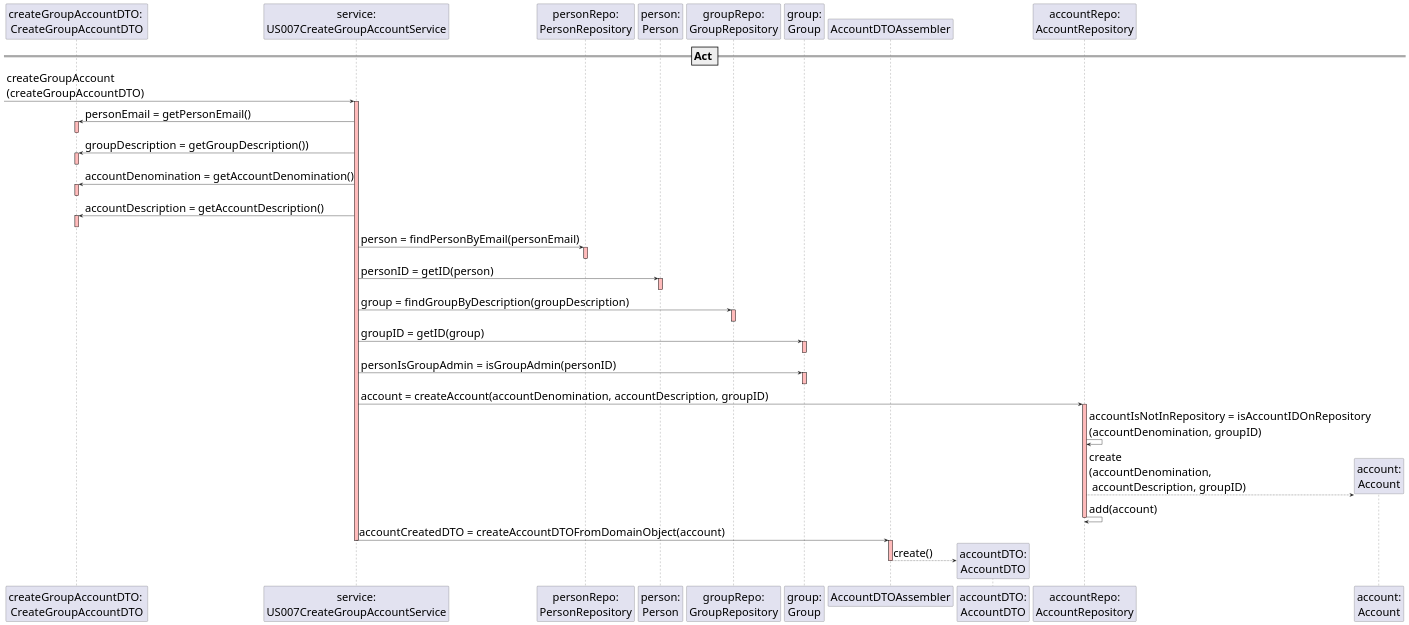
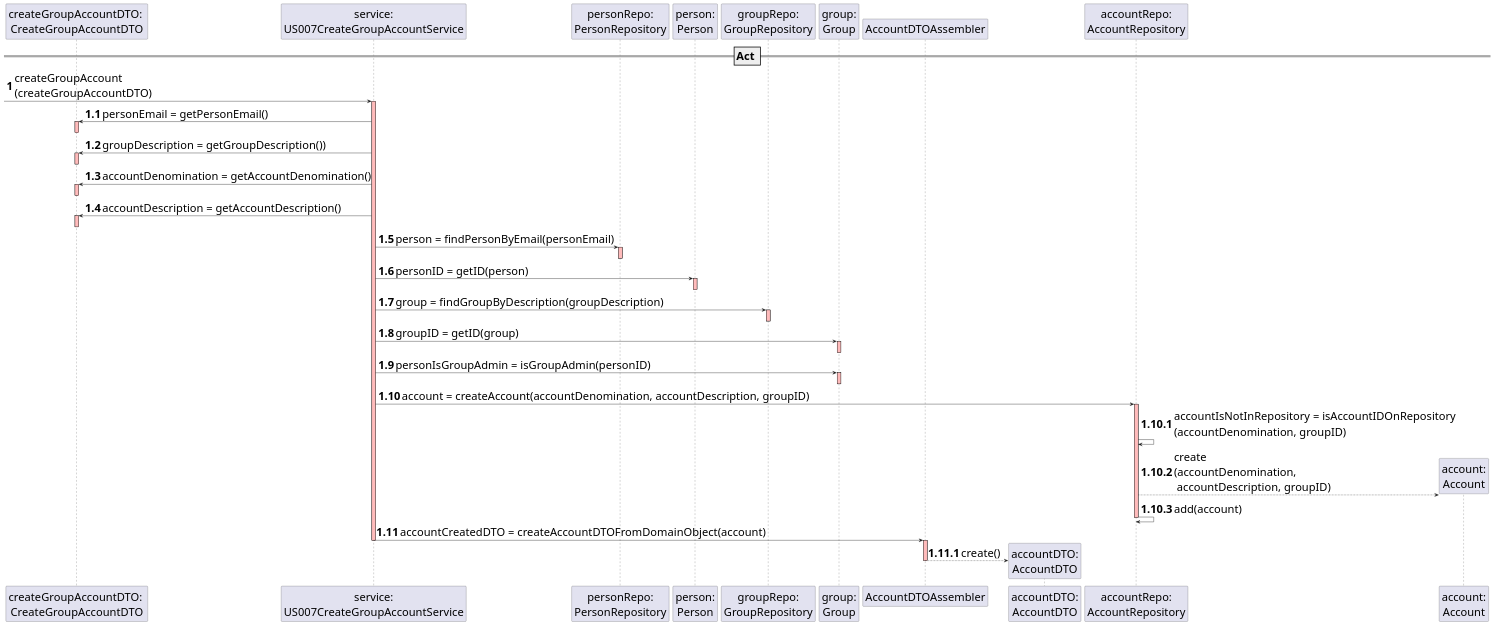
One commit to mleitaoribeiro/DevOpsMaven changed the diagram in src/main/java/switch2019/project/controllerLayer/controllersRest/US007CreateGroupAccountControllerRest_Part2.puml. Above: the diagram before and after it, drawn with PlantUML. The commit also changed 2 other files, not shown here.

```diff
--- a/src/main/java/switch2019/project/controllerLayer/controllersRest/US007CreateGroupAccountControllerRest_Part2.puml
+++ b/src/main/java/switch2019/project/controllerLayer/controllersRest/US007CreateGroupAccountControllerRest_Part2.puml
@@ -1,80 +1,81 @@
 @startuml
 skinparam DefaultFontSize 30
 
 participant "createGroupAccountDTO: \nCreateGroupAccountDTO"
 participant "service:\nUS007CreateGroupAccountService"
 participant "personRepo:\nPersonRepository"
 participant "person:\nPerson"
 participant "groupRepo:\nGroupRepository"
 participant "group:\nGroup"
 participant "AccountDTOAssembler"
 participant "accountDTO:\nAccountDTO"
 participant "accountRepo:\nAccountRepository"
 participant "account:\nAccount"
 
 == Act ==
+autonumber
 [-> "service:\nUS007CreateGroupAccountService" : createGroupAccount\n(createGroupAccountDTO)
 activate "service:\nUS007CreateGroupAccountService" #FFBBBB
-
+autonumber 1.1
 "service:\nUS007CreateGroupAccountService" -> "createGroupAccountDTO: \nCreateGroupAccountDTO" : personEmail = getPersonEmail()
 activate "createGroupAccountDTO: \nCreateGroupAccountDTO"  #FFBBBB
 deactivate "createGroupAccountDTO: \nCreateGroupAccountDTO"  #FFBBBB
 
 "service:\nUS007CreateGroupAccountService" -> "createGroupAccountDTO: \nCreateGroupAccountDTO" : groupDescription = getGroupDescription())
 activate "createGroupAccountDTO: \nCreateGroupAccountDTO"  #FFBBBB
 deactivate "createGroupAccountDTO: \nCreateGroupAccountDTO"  #FFBBBB
 
 "service:\nUS007CreateGroupAccountService" -> "createGroupAccountDTO: \nCreateGroupAccountDTO" : accountDenomination = getAccountDenomination()
 activate "createGroupAccountDTO: \nCreateGroupAccountDTO"  #FFBBBB
 deactivate "createGroupAccountDTO: \nCreateGroupAccountDTO"  #FFBBBB
 
 "service:\nUS007CreateGroupAccountService" -> "createGroupAccountDTO: \nCreateGroupAccountDTO" : accountDescription = getAccountDescription()
 activate "createGroupAccountDTO: \nCreateGroupAccountDTO"  #FFBBBB
 deactivate "createGroupAccountDTO: \nCreateGroupAccountDTO"  #FFBBBB
 
 
 
 "service:\nUS007CreateGroupAccountService" -> "personRepo:\nPersonRepository" : person = findPersonByEmail(personEmail)
 activate "personRepo:\nPersonRepository"  #FFBBBB
 deactivate "personRepo:\nPersonRepository"  #FFBBBB
 
 
 "service:\nUS007CreateGroupAccountService" -> "person:\nPerson" : personID = getID(person)
 activate "person:\nPerson"  #FFBBBB
 deactivate "person:\nPerson"  #FFBBBB
 
 
 
 "service:\nUS007CreateGroupAccountService" -> "groupRepo:\nGroupRepository" : group = findGroupByDescription(groupDescription)
 activate "groupRepo:\nGroupRepository"  #FFBBBB
 deactivate "groupRepo:\nGroupRepository"  #FFBBBB
 
 
 "service:\nUS007CreateGroupAccountService" -> "group:\nGroup" : groupID = getID(group)
 activate "group:\nGroup" #FFBBBB
 deactivate "group:\nGroup"
 
 "service:\nUS007CreateGroupAccountService" -> "group:\nGroup" : personIsGroupAdmin = isGroupAdmin(personID)
 activate "group:\nGroup" #FFBBBB
 deactivate "group:\nGroup"
 
-
 "service:\nUS007CreateGroupAccountService" -> "accountRepo:\nAccountRepository" : account = createAccount(accountDenomination, accountDescription, groupID)
 activate "accountRepo:\nAccountRepository" #FFBBBB
+autonumber 1.10.1
 "accountRepo:\nAccountRepository" -> "accountRepo:\nAccountRepository" : accountIsNotInRepository = isAccountIDOnRepository\n(accountDenomination, groupID)
 create "account:\nAccount"
 "accountRepo:\nAccountRepository" --> "account:\nAccount" : create\n(accountDenomination,\n accountDescription, groupID)
 "accountRepo:\nAccountRepository" -> "accountRepo:\nAccountRepository" : add(account)
 deactivate "accountRepo:\nAccountRepository" #FFBBBB
-
+autonumber 1.11
 "service:\nUS007CreateGroupAccountService" -> "AccountDTOAssembler":accountCreatedDTO = createAccountDTOFromDomainObject(account)
 deactivate "service:\nUS007CreateGroupAccountService"
-
+autonumber 1.11.1
 activate "AccountDTOAssembler" #FFBBBB
 create "accountDTO:\nAccountDTO"
 "AccountDTOAssembler" --> "accountDTO:\nAccountDTO": create()
 deactivate "AccountDTOAssembler"
 
 deactivate "service:\nUS007CreateGroupAccountService"
 
 @enduml
```
